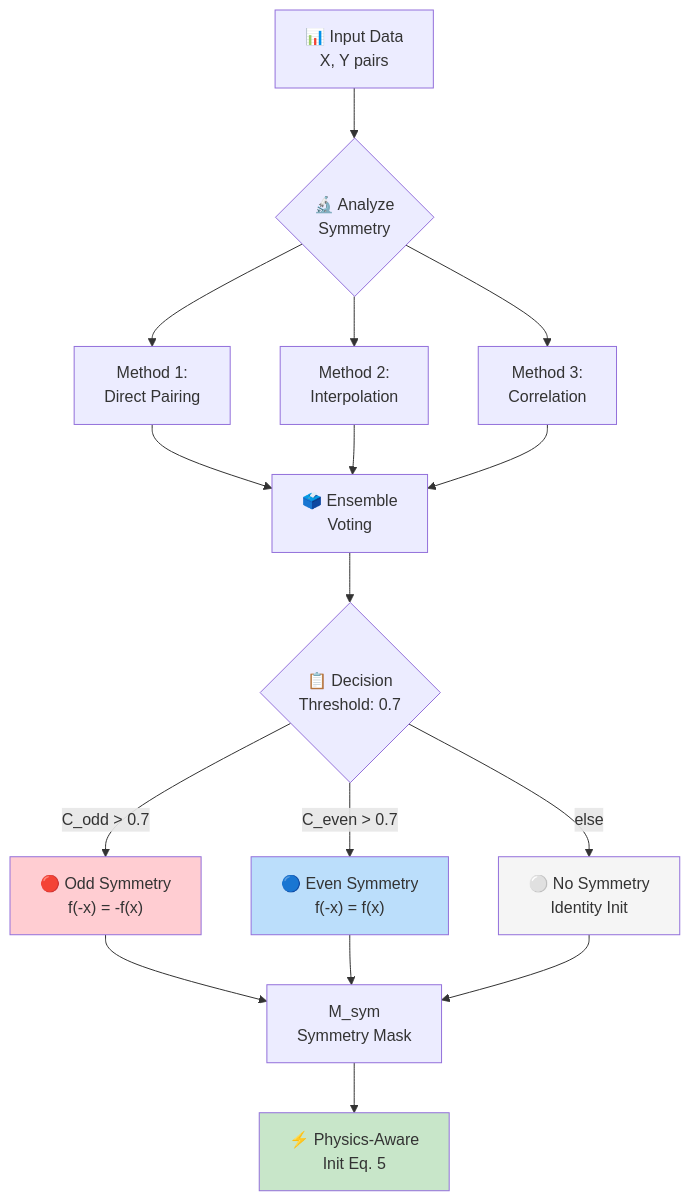
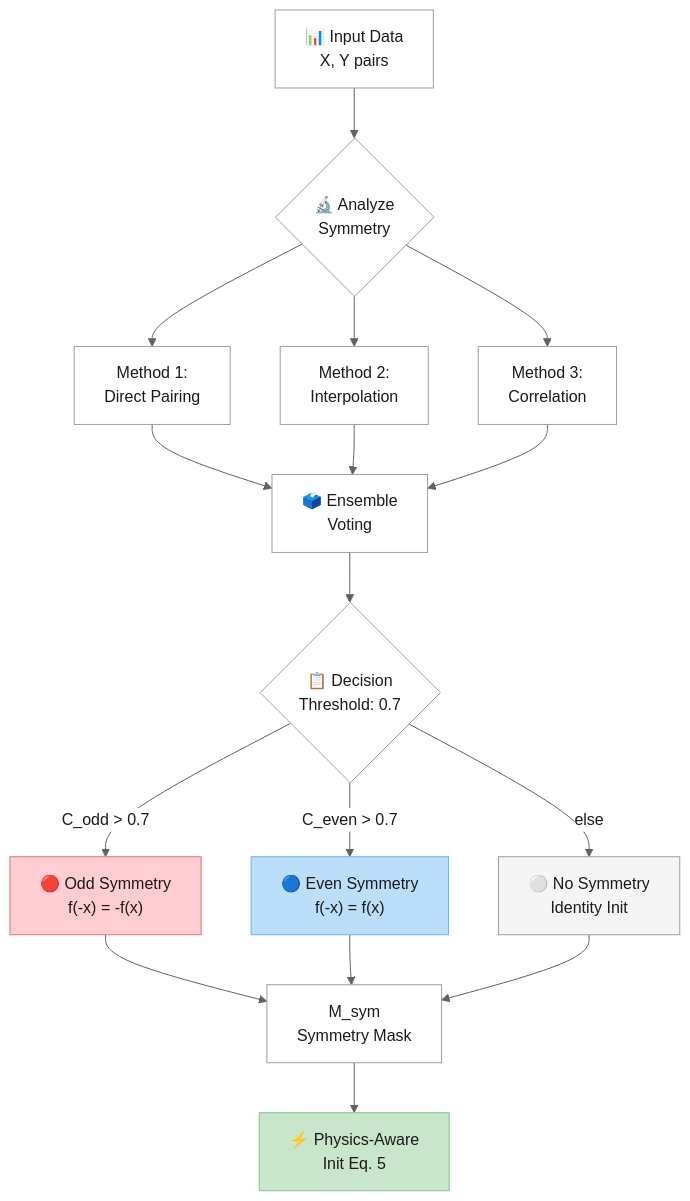
One commit to jurjsorinliviu/Psi-Vortex changed the fourth of 7 diagrams in README.md. Above: the diagram before and after it, drawn with Mermaid. The commit also changed other lines of this file, not shown here.

````diff
--- a/README.md
+++ b/README.md
@@ -431,28 +431,37 @@
 ```mermaid
+%%{init: {'theme':'base','themeVariables':{'primaryTextColor':'#1a1a1a','lineColor':'#616161','edgeLabelBackground':'#ffffff','titleColor':'#1a1a1a'}}}%%
 flowchart TD
     A["📊 Input Data<br>X, Y pairs"] --> B{"🔬 Analyze<br>Symmetry"}
     
     B --> C["Method 1:<br>Direct Pairing"]
     B --> D["Method 2:<br>Interpolation"]
     B --> E["Method 3:<br>Correlation"]
     
     C --> F["🗳️ Ensemble<br>Voting"]
     D --> F
     E --> F
     
     F --> G{"📋 Decision<br>Threshold: 0.7"}
     G -->|"C_odd > 0.7"| H["🔴 Odd Symmetry<br>f(-x) = -f(x)"]
     G -->|"C_even > 0.7"| I["🔵 Even Symmetry<br>f(-x) = f(x)"]
     G -->|"else"| J["⚪ No Symmetry<br>Identity Init"]
     
     H --> K["M_sym<br>Symmetry Mask"]
     I --> K
     J --> K
     
     K --> L["⚡ Physics-Aware<br>Init Eq. 5"]
     
-    style H fill:#ffcdd2
-    style I fill:#bbdefb
-    style J fill:#f5f5f5
-    style L fill:#c8e6c9
+    style A fill:#ffffff,color:#1a1a1a,stroke:#9e9e9e
+    style B fill:#ffffff,color:#1a1a1a,stroke:#9e9e9e
+    style C fill:#ffffff,color:#1a1a1a,stroke:#9e9e9e
+    style D fill:#ffffff,color:#1a1a1a,stroke:#9e9e9e
+    style E fill:#ffffff,color:#1a1a1a,stroke:#9e9e9e
+    style F fill:#ffffff,color:#1a1a1a,stroke:#9e9e9e
+    style G fill:#ffffff,color:#1a1a1a,stroke:#9e9e9e
+    style K fill:#ffffff,color:#1a1a1a,stroke:#9e9e9e
+    style H fill:#ffcdd2,color:#1a1a1a,stroke:#e57373
+    style I fill:#bbdefb,color:#1a1a1a,stroke:#64b5f6
+    style J fill:#f5f5f5,color:#1a1a1a,stroke:#9e9e9e
+    style L fill:#c8e6c9,color:#1a1a1a,stroke:#81c784
 ```
````
